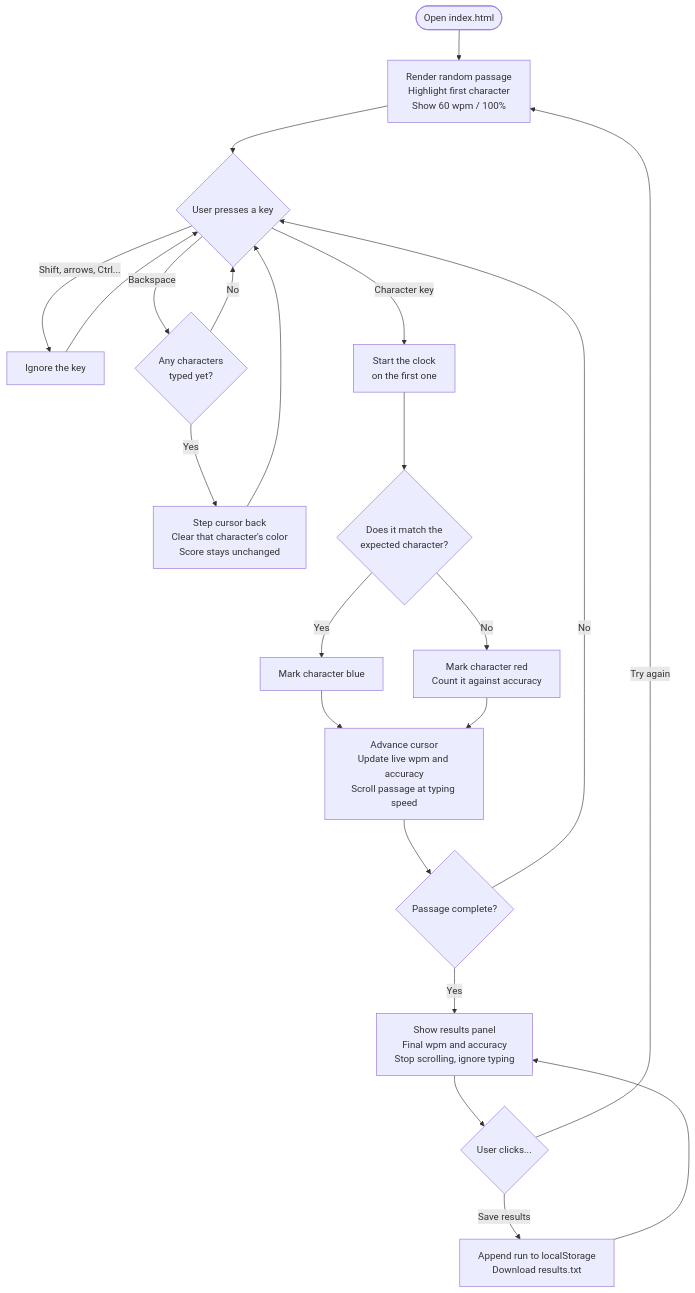
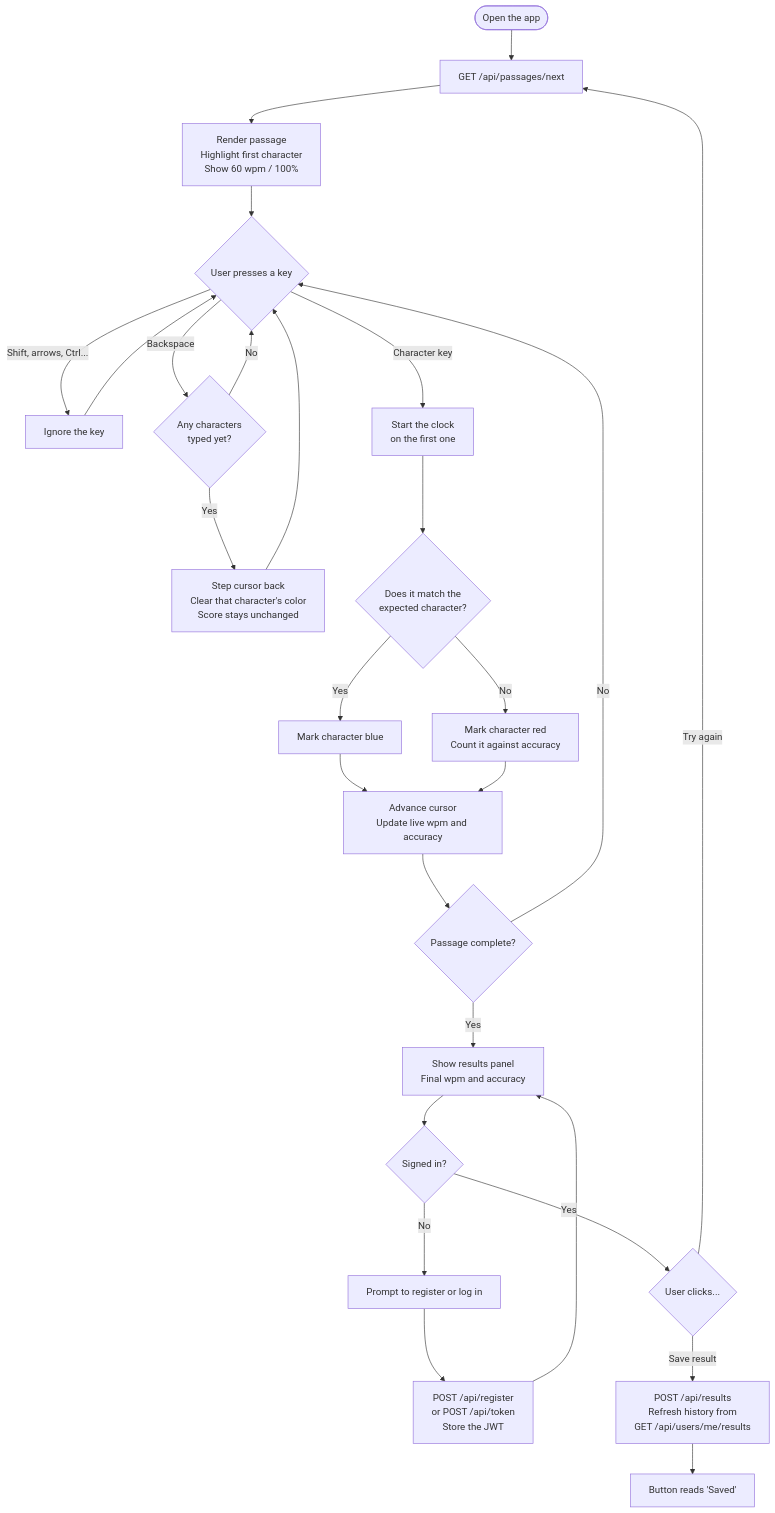
Before and after one commit to shaynemeyer/typingapp: the diagram in docs/user-flow.md, drawn with Mermaid. The commit also changed other lines of this file and 56 other files, not shown here.

````diff
--- a/docs/user-flow.md
+++ b/docs/user-flow.md
@@ -19,31 +22,37 @@
 ```mermaid
 flowchart TD
-    Start([Open index.html]) --> Render[Render random passage<br/>Highlight first character<br/>Show 60 wpm / 100%]
+    Start([Open the app]) --> Fetch[GET /api/passages/next]
+    Fetch --> Render[Render passage<br/>Highlight first character<br/>Show 60 wpm / 100%]
     Render --> Wait{User presses a key}
 
     Wait -->|Shift, arrows, Ctrl...| Ignore[Ignore the key]
     Ignore --> Wait
 
     Wait -->|Backspace| BackCheck{Any characters<br/>typed yet?}
     BackCheck -->|No| Wait
     BackCheck -->|Yes| StepBack[Step cursor back<br/>Clear that character's color<br/>Score stays unchanged]
     StepBack --> Wait
 
     Wait -->|Character key| Clock[Start the clock<br/>on the first one]
     Clock --> Match{Does it match the<br/>expected character?}
 
     Match -->|Yes| Correct[Mark character blue]
     Match -->|No| Wrong[Mark character red<br/>Count it against accuracy]
 
-    Correct --> Advance[Advance cursor<br/>Update live wpm and accuracy<br/>Scroll passage at typing speed]
+    Correct --> Advance[Advance cursor<br/>Update live wpm and accuracy]
     Wrong --> Advance
 
     Advance --> Done{Passage complete?}
     Done -->|No| Wait
-    Done -->|Yes| Results[Show results panel<br/>Final wpm and accuracy<br/>Stop scrolling, ignore typing]
+    Done -->|Yes| Results[Show results panel<br/>Final wpm and accuracy]
 
-    Results --> Choice{User clicks...}
-    Choice -->|Save results| Save[Append run to localStorage<br/>Download results.txt]
-    Save --> Results
-    Choice -->|Try again| Render
+    Results --> Auth{Signed in?}
+    Auth -->|No| Prompt[Prompt to register or log in]
+    Prompt --> Register[POST /api/register<br/>or POST /api/token<br/>Store the JWT]
+    Register --> Results
+
+    Auth -->|Yes| Choice{User clicks...}
+    Choice -->|Save result| Save[POST /api/results<br/>Refresh history from<br/>GET /api/users/me/results]
+    Save --> Saved[Button reads 'Saved']
+    Choice -->|Try again| Fetch
 ```
````
